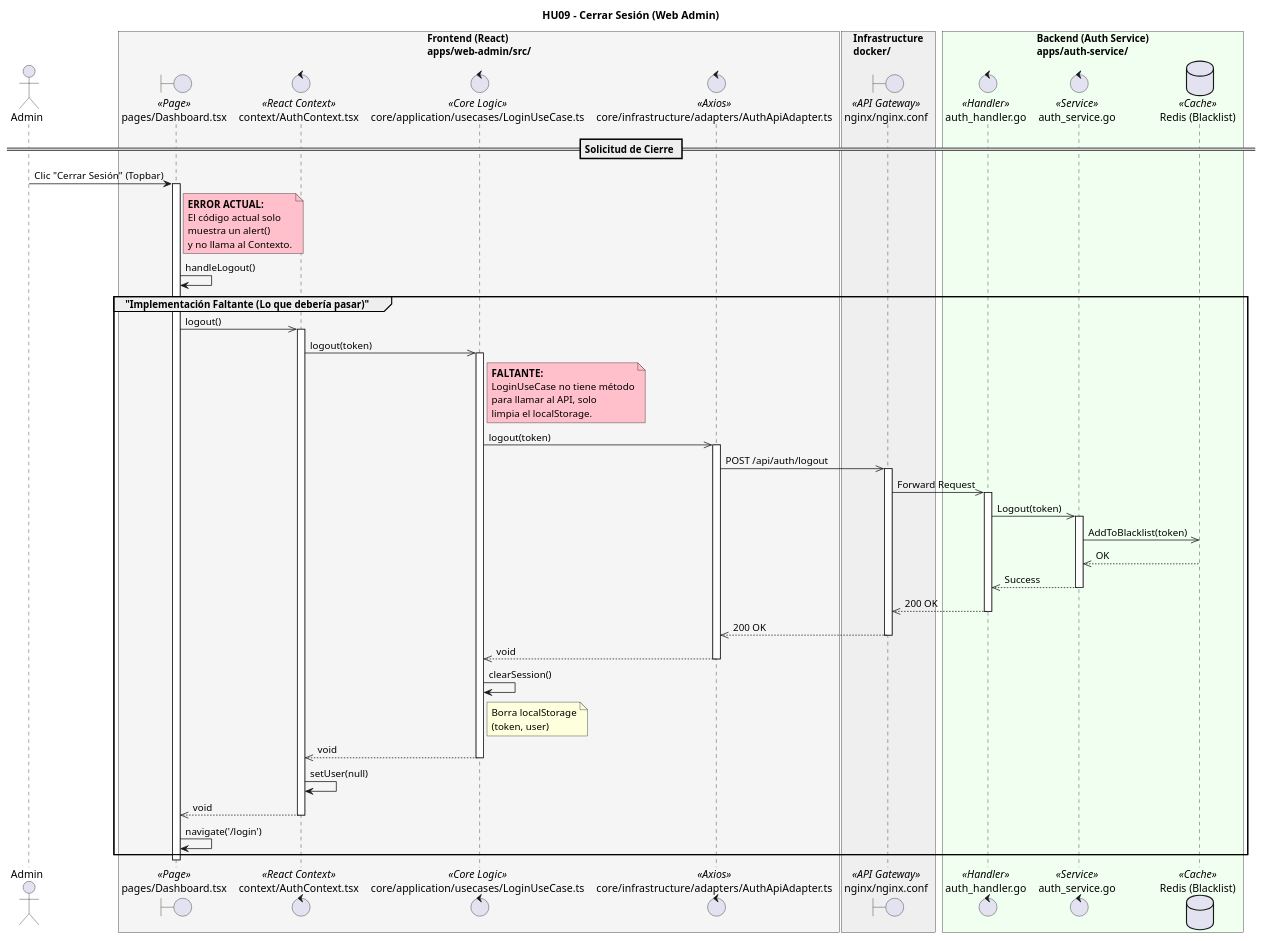
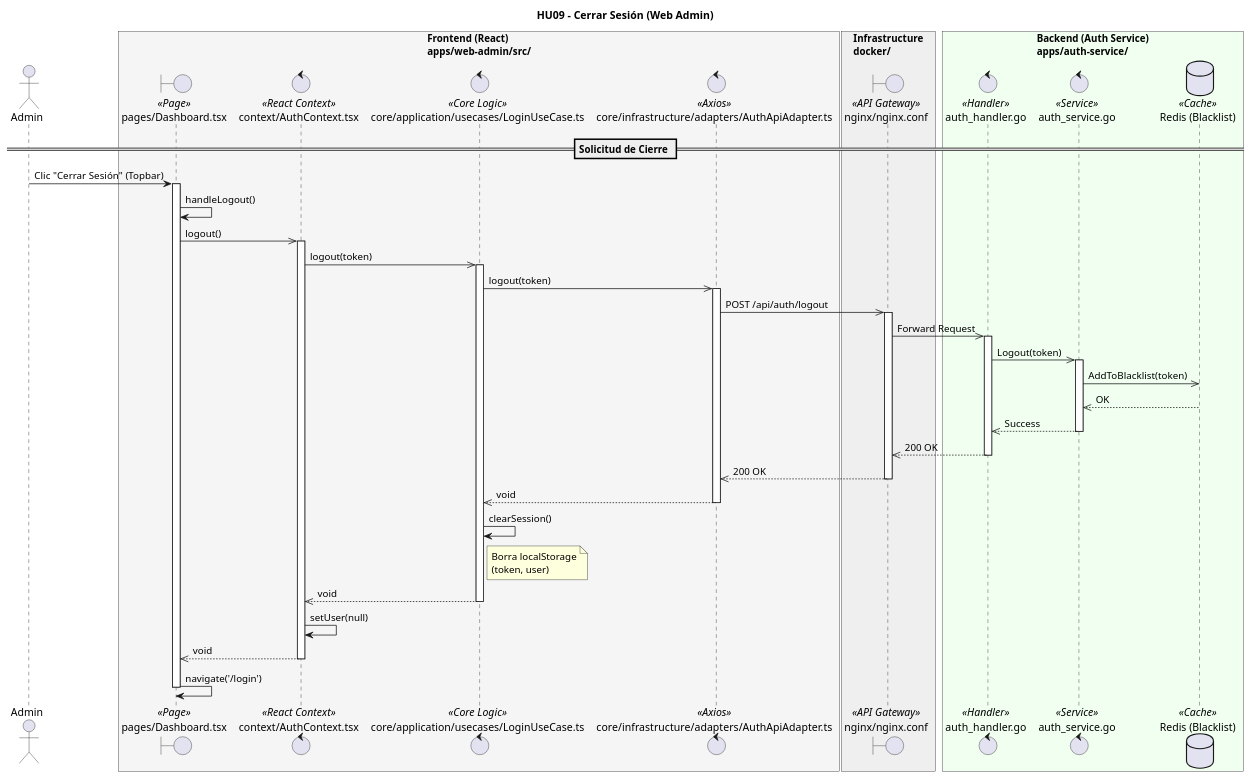
One commit to Bowist27/Qontrol changed the diagram in docs/web/HU09_CerrarSesion_Sequence.puml. Above: the diagram before and after it, drawn with PlantUML.

Commit message:
fix: update logout sequence diagram

```diff
--- a/docs/web/HU09_CerrarSesion_Sequence.puml
+++ b/docs/web/HU09_CerrarSesion_Sequence.puml
@@ -1,92 +1,76 @@
 @startuml
 title HU09 - Cerrar Sesión (Web Admin)
 
 actor Admin as User
 
 box "Frontend (React)\napps/web-admin/src/" #WhiteSmoke
     boundary "pages/Dashboard.tsx" as Page << Page >>
     control "context/AuthContext.tsx" as Context << React Context >>
     control "core/application/usecases/LoginUseCase.ts" as UseCase << Core Logic >>
     control "core/infrastructure/adapters/AuthApiAdapter.ts" as Gateway << Axios >>
 end box
 
 box "Infrastructure\ndocker/" #EFEFEF
     boundary "nginx/nginx.conf" as Nginx << API Gateway >>
 end box
 
 box "Backend (Auth Service)\napps/auth-service/" #Honeydew
     control "auth_handler.go" as Handler << Handler >>
     control "auth_service.go" as Service << Service >>
     database "Redis (Blacklist)" as Redis << Cache >>
 end box
 
 == Solicitud de Cierre ==
 
 User -> Page: Clic "Cerrar Sesión" (Topbar)
 activate Page
 
-    note right of Page #Pink
-        **ERROR ACTUAL:**
-        El código actual solo
-        muestra un alert()
-        y no llama al Contexto.
-    end note
-
     Page -> Page: handleLogout() 
     
-    group "Implementación Faltante (Lo que debería pasar)"
-        Page ->> Context: logout()
-        activate Context
+    Page ->> Context: logout()
+    activate Context
+        
+        Context ->> UseCase: logout(token)
+        activate UseCase
+
+            UseCase ->> Gateway: logout(token)
+            activate Gateway
             
-            Context ->> UseCase: logout(token)
-            activate UseCase
+                Gateway ->> Nginx: POST /api/auth/logout
+                activate Nginx
+                    
+                    Nginx ->> Handler: Forward Request
+                    activate Handler
+                    
+                        Handler ->> Service: Logout(token)
+                        activate Service
+                            Service ->> Redis: AddToBlacklist(token)
+                            Redis -->> Service: OK
+                        Service -->> Handler: Success
+                        deactivate Service
+                        
+                    Handler -->> Nginx: 200 OK
+                    deactivate Handler
+                    
+                Nginx -->> Gateway: 200 OK
+                deactivate Nginx
                 
-                note right of UseCase #Pink
-                    **FALTANTE:**
-                    LoginUseCase no tiene método
-                    para llamar al API, solo
-                    limpia el localStorage.
-                end note
-
-                UseCase ->> Gateway: logout(token)
-                activate Gateway
-                
-                    Gateway ->> Nginx: POST /api/auth/logout
-                    activate Nginx
-                        
-                        Nginx ->> Handler: Forward Request
-                        activate Handler
-                        
-                            Handler ->> Service: Logout(token)
-                            activate Service
-                                Service ->> Redis: AddToBlacklist(token)
-                                Redis -->> Service: OK
-                            Service -->> Handler: Success
-                            deactivate Service
-                            
-                        Handler -->> Nginx: 200 OK
-                        deactivate Handler
-                        
-                    Nginx -->> Gateway: 200 OK
-                    deactivate Nginx
-                    
-                Gateway -->> UseCase: void
-                deactivate Gateway
-                
-                UseCase -> UseCase: clearSession()
-                note right of UseCase: Borra localStorage\n(token, user)
-                
-            UseCase -->> Context: void
-            deactivate UseCase
+            Gateway -->> UseCase: void
+            deactivate Gateway
             
-            Context -> Context: setUser(null)
+            UseCase -> UseCase: clearSession()
+            note right of UseCase: Borra localStorage\n(token, user)
             
-        Context -->> Page: void
-        deactivate Context
+        UseCase -->> Context: void
+        deactivate UseCase
         
-        Page -> Page: navigate('/login')
-    end group
-
+        Context -> Context: setUser(null)
+        
+    Context -->> Page: void
+    deactivate Context
+    
+    Page -> Page: navigate('/login')
+    
 deactivate Page
 
 @enduml
```
